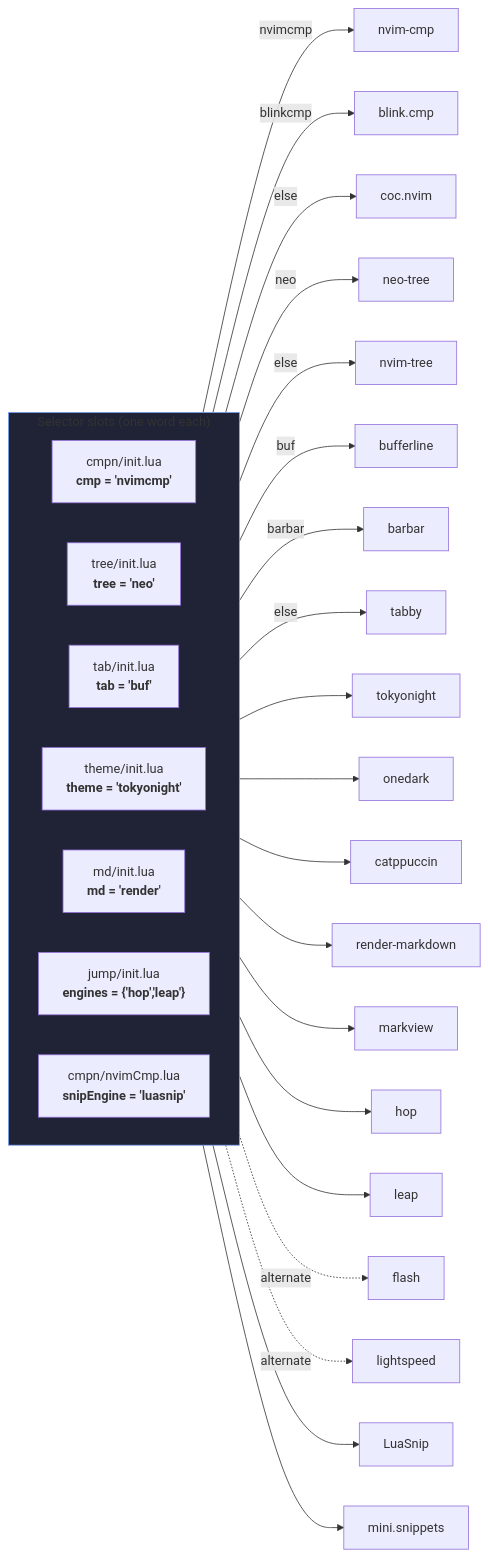
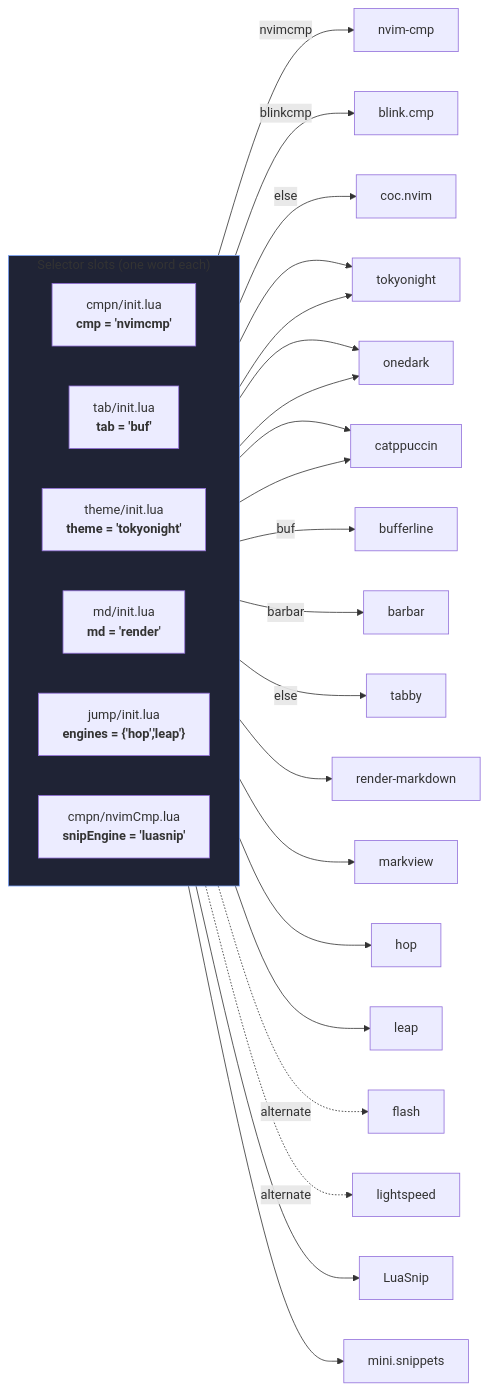
One commit to zczsyqxl/my-nvim changed the first of 2 diagrams in README.md. Above: the diagram before and after it, drawn with Mermaid. The commit also changed other lines of this file and 2 other files, not shown here.

Commit message:
update docs: keymaps table, snacks migration, full LuaLS library in .luarc.json

````diff
--- a/README.md
+++ b/README.md
@@ -280,35 +261,35 @@
 ```mermaid
 flowchart LR
     subgraph slots["Selector slots (one word each)"]
         direction LR
         CMP["cmpn/init.lua<br/><b>cmp = 'nvimcmp'</b>"]
-        TREE["tree/init.lua<br/><b>tree = 'neo'</b>"]
         TAB["tab/init.lua<br/><b>tab = 'buf'</b>"]
         THEME["theme/init.lua<br/><b>theme = 'tokyonight'</b>"]
         MD["md/init.lua<br/><b>md = 'render'</b>"]
         JUMP["jump/init.lua<br/><b>engines = {'hop','leap'}</b>"]
         SNIP["cmpn/nvimCmp.lua<br/><b>snipEngine = 'luasnip'</b>"]
     end
 
     CMP -->|"nvimcmp"| C1[nvim-cmp]
     CMP -->|"blinkcmp"| C2[blink.cmp]
     CMP -->|"else"| C3[coc.nvim]
-    TREE -->|"neo"| T1[neo-tree]
-    TREE -->|"else"| T2[nvim-tree]
+    THEME --> TH1[tokyonight]
+    THEME --> TH2[onedark]
+    THEME --> TH3[catppuccin]
     TAB -->|"buf"| B1[bufferline]
     TAB -->|"barbar"| B2[barbar]
     TAB -->|"else"| B3[tabby]
     THEME --> TH1[tokyonight]
     THEME --> TH2[onedark]
     THEME --> TH3[catppuccin]
     MD --> M1[render-markdown]
     MD --> M2[markview]
     JUMP --> J1[hop]
     JUMP --> J2[leap]
     JUMP -.->|alternate| J3[flash]
     JUMP -.->|alternate| J4[lightspeed]
     SNIP --> S1[LuaSnip]
     SNIP --> S2[mini.snippets]
 
     style slots fill:#1f2335,stroke:#7aa2f7
 ```
````
